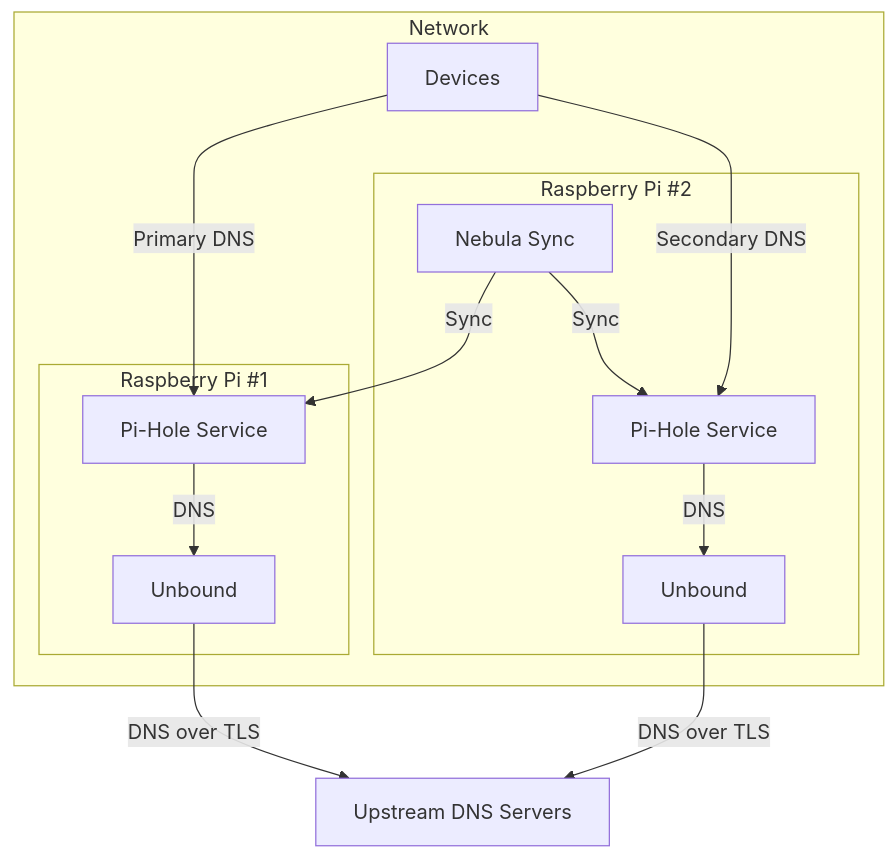
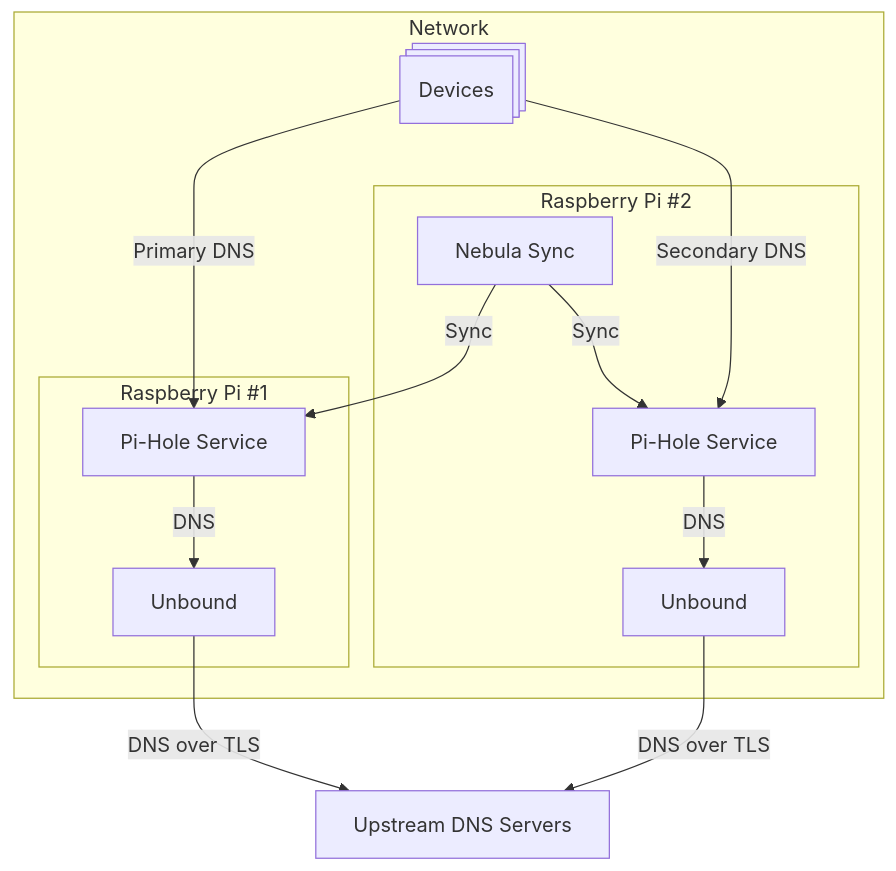
The diagram in README.md (mitchell-etter/pihole-setup), drawn with Mermaid before and after one commit.

Commit message:
docs: update diagram

````diff
--- a/README.md
+++ b/README.md
@@ -23,28 +23,28 @@
 ```mermaid
 graph TD
     subgraph Network
-        Devices[Devices]
+        Devices@{shape: procs, label: "Devices"}
 
         subgraph Raspberry Pi #1
             PiHole1[Pi-Hole Service]
             Unbound1[Unbound]
         end
 
         subgraph Raspberry Pi #2
             PiHole2[Pi-Hole Service]
             Unbound2[Unbound]
             Sync[Nebula Sync]
         end
     end
 
     UpstreamDNS[Upstream DNS Servers]
 
     Devices --->|Primary DNS| PiHole1
     Devices --->|Secondary DNS| PiHole2
     PiHole1 -->|DNS| Unbound1
     PiHole2 -->|DNS| Unbound2
     Unbound1 -->|DNS over TLS| UpstreamDNS
     Unbound2 -->|DNS over TLS| UpstreamDNS
     Sync -->|Sync| PiHole1
     Sync -->|Sync| PiHole2
 ```
````
